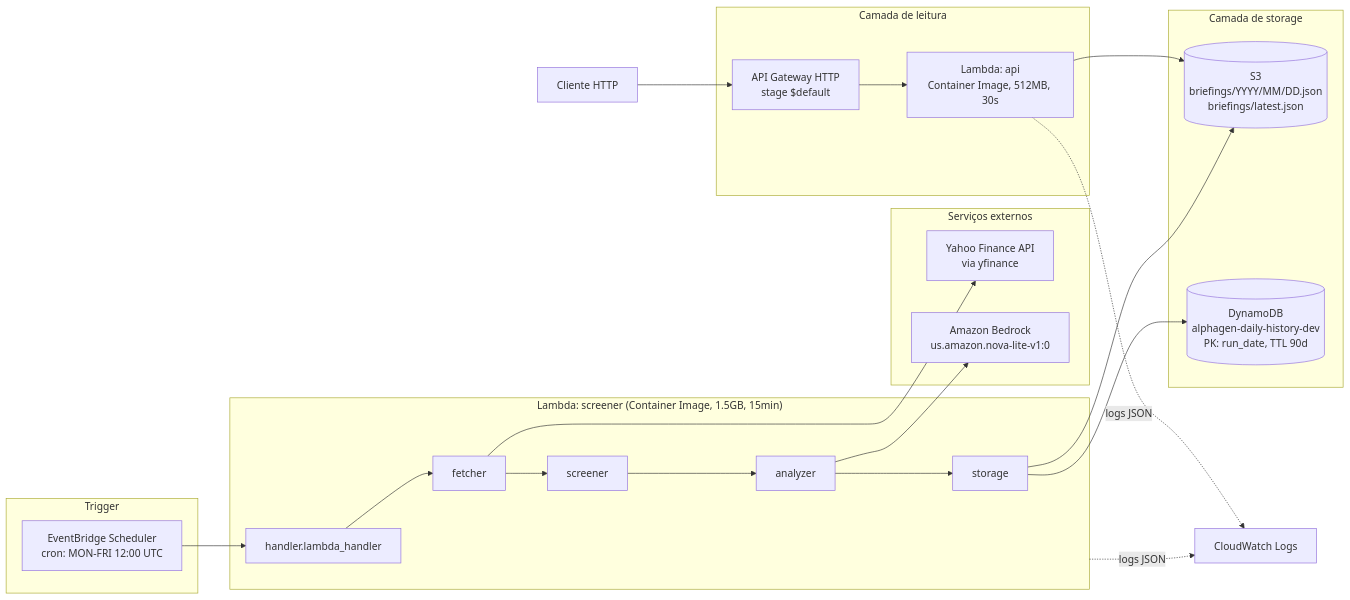
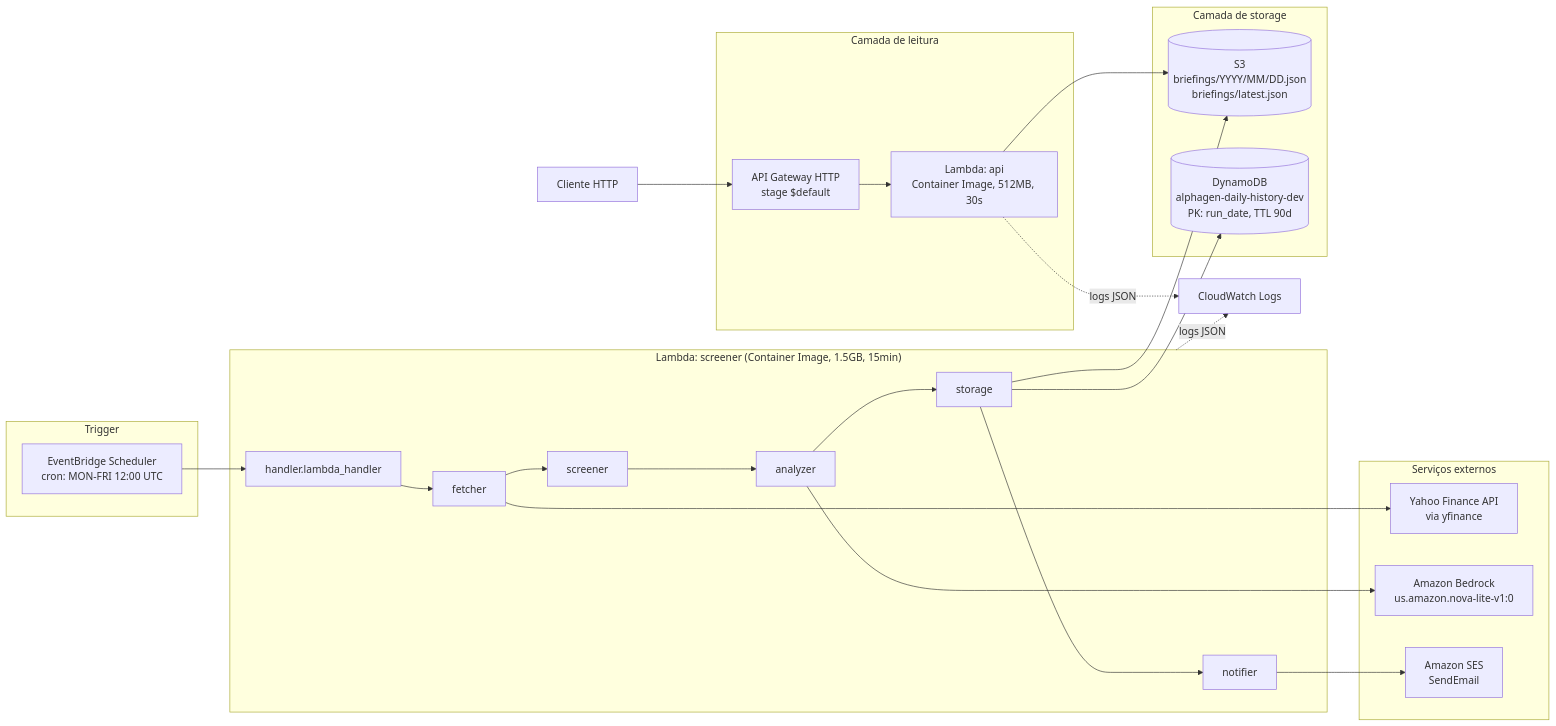
The diagram in ARCHITECTURE.md (Ant4rez/Alphagen-Daily), drawn with Mermaid before and after one commit. The commit also changed other lines of this file and 2 other files, not shown here.

First line of the commit message:
docs: reflect SES notifier feature in CONTEXT, ARCHITECTURE and roadmap

````diff
--- a/ARCHITECTURE.md
+++ b/ARCHITECTURE.md
@@ -43,41 +43,44 @@
 ```mermaid
 flowchart LR
     subgraph Trigger
         Cron[EventBridge Scheduler<br/>cron: MON-FRI 12:00 UTC]
     end
 
     subgraph Pipeline["Lambda: screener (Container Image, 1.5GB, 15min)"]
         H[handler.lambda_handler] --> F[fetcher]
         F --> S[screener]
         S --> A[analyzer]
         A --> P[storage]
+        P --> N[notifier]
     end
 
     subgraph External["Serviços externos"]
         YF[Yahoo Finance API<br/>via yfinance]
         BR[Amazon Bedrock<br/>us.amazon.nova-lite-v1:0]
+        SES[Amazon SES<br/>SendEmail]
     end
 
     subgraph Storage["Camada de storage"]
         S3[(S3<br/>briefings/YYYY/MM/DD.json<br/>briefings/latest.json)]
         DDB[(DynamoDB<br/>alphagen-daily-history-dev<br/>PK: run_date, TTL 90d)]
     end
 
     subgraph Serving["Camada de leitura"]
         APIG[API Gateway HTTP<br/>stage $default]
         API[Lambda: api<br/>Container Image, 512MB, 30s]
     end
 
     Client[Cliente HTTP] --> APIG
     APIG --> API
     API --> S3
 
     Cron --> H
     F --> YF
     A --> BR
     P --> S3
     P --> DDB
+    N --> SES
 
     Pipeline -.logs JSON.-> CW[CloudWatch Logs]
     API -.logs JSON.-> CW
 ```
````
